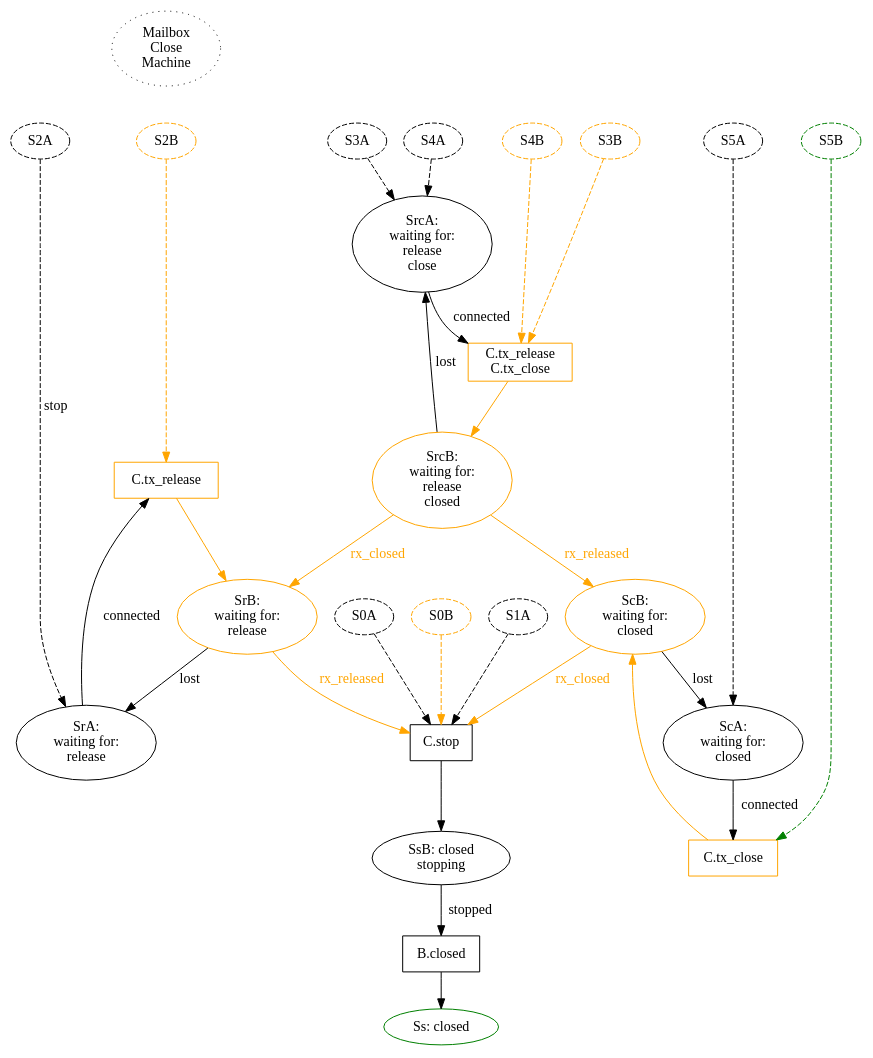
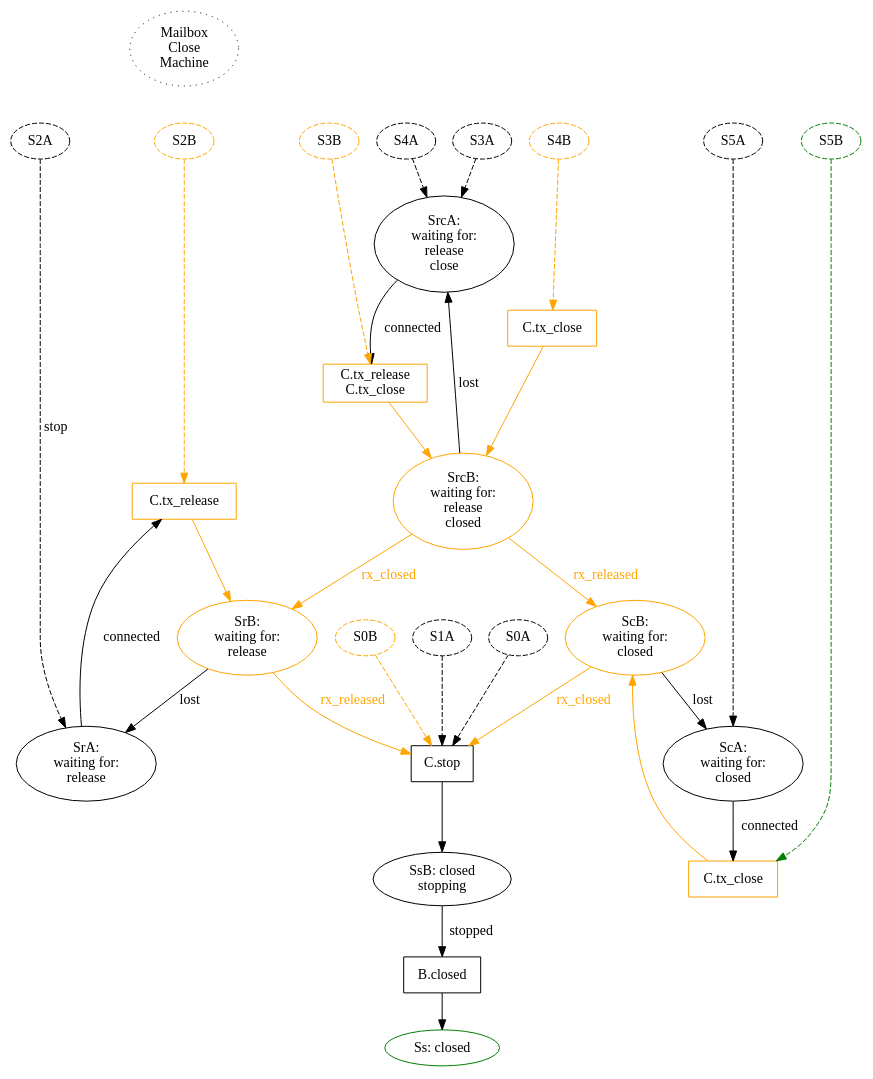
One commit to magic-wormhole/magic-wormhole changed the diagram in docs/mailbox_close.dot. Above: the diagram before and after it, drawn with Graphviz. The commit also changed 1 other file, not shown here.

Commit message:
logic bug: M.S4B.close() must not re-send RELEASE

```diff
--- a/docs/mailbox_close.dot
+++ b/docs/mailbox_close.dot
@@ -1,75 +1,77 @@
 digraph {
         /* M_close pathways */
         title [label="Mailbox\nClose\nMachine" style="dotted"]
         title -> S2B [style="invis"]
 
         /* All dashed states are from the main Mailbox Machine diagram, and
         all dashed lines indicate M_close() pathways in from those states.
         Within this graph, all M_close() events leave the state unchanged. */
 
         SrA [label="SrA:\nwaiting for:\nrelease"]
         SrA -> Pr [label="connected"]
         Pr [shape="box" label="C.tx_release" color="orange"]
         Pr -> SrB [color="orange"]
         SrB [label="SrB:\nwaiting for:\nrelease" color="orange"]
         SrB -> SrA [label="lost"]
         SrB -> P_stop [label="rx_released" color="orange" fontcolor="orange"]
 
         ScA [label="ScA:\nwaiting for:\nclosed"]
         ScA -> Pc [label="connected"]
         Pc [shape="box" label="C.tx_close" color="orange"]
         Pc -> ScB [color="orange"]
         ScB [label="ScB:\nwaiting for:\nclosed" color="orange"]
         ScB -> ScA [label="lost"]
         ScB -> P_stop [label="rx_closed" color="orange" fontcolor="orange"]
 
         SrcA [label="SrcA:\nwaiting for:\nrelease\nclose"]
         SrcA -> Prc [label="connected"]
         Prc [shape="box" label="C.tx_release\nC.tx_close" color="orange"]
         Prc -> SrcB [color="orange"]
+        Prc2 [shape="box" label="C.tx_close" color="orange"]
+        Prc2 -> SrcB [color="orange"]
         SrcB [label="SrcB:\nwaiting for:\nrelease\nclosed" color="orange"]
         SrcB -> SrcA [label="lost"]
         SrcB -> ScB [label="rx_released" color="orange" fontcolor="orange"]
         SrcB -> SrB [label="rx_closed" color="orange" fontcolor="orange"]
 
 
         P_stop [shape="box" label="C.stop"]
         P_stop -> SsB
 
         SsB [label="SsB: closed\nstopping"]
         SsB -> Pss [label="stopped"]
         Pss [shape="box" label="B.closed"]
         Pss -> Ss
 
         Ss [label="Ss: closed" color="green"]
 
         S0A [label="S0A" style="dashed"]
         S0A -> P_stop [style="dashed"]
         S0B [label="S0B" style="dashed" color="orange"]
         S0B -> P_stop [style="dashed" color="orange"]
 
         {rank=same; S2A S2B S3A S3B S4A S4B S5A S5B}
         S1A [label="S1A" style="dashed"]
         S1A -> P_stop [style="dashed"]
 
         S2A [label="S2A" style="dashed"]
         S2A -> SrA [label="stop" style="dashed"]
         S2B [label="S2B" color="orange" style="dashed"]
         S2B -> Pr [color="orange" style="dashed"]
 
         S3A [label="S3A" style="dashed"]
         S3B [label="S3B" color="orange" style="dashed"]
         S3A -> SrcA [style="dashed"]
         S3B -> Prc [color="orange" style="dashed"]
 
         S4A [label="S4A" style="dashed"]
         S4B [label="S4B" color="orange" style="dashed"]
         S4A -> SrcA [style="dashed"]
-        S4B -> Prc [color="orange" style="dashed"]
+        S4B -> Prc2 [color="orange" style="dashed"]
 
         S5A [label="S5A" style="dashed"]
         S5B [label="S5B" color="green" style="dashed"]
         S5A -> ScA [style="dashed"]
         S5B -> Pc [style="dashed" color="green"]
 
 }
```
